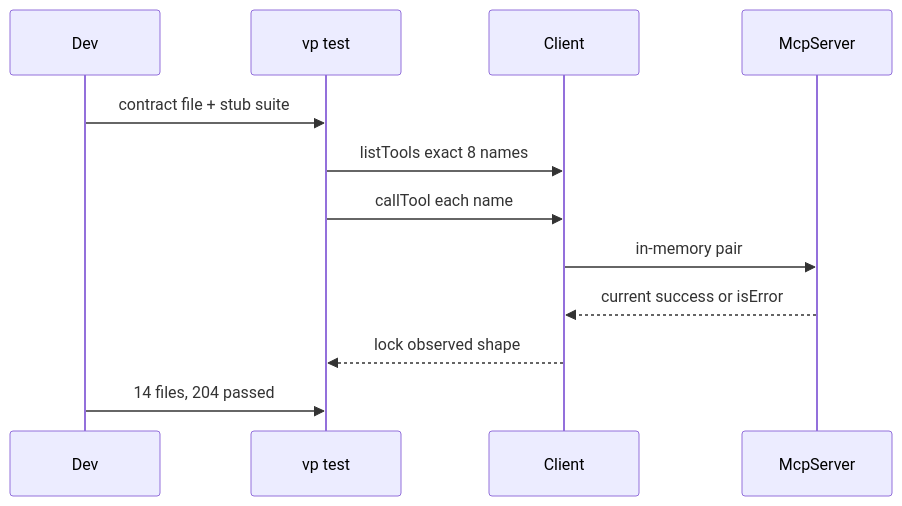
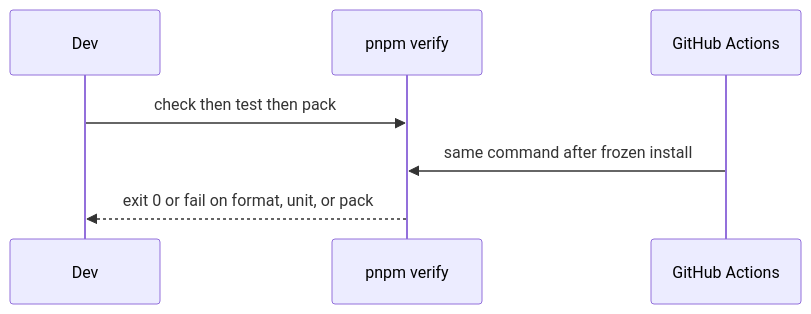
One commit to MarekBombera/cursor-design-extension changed the second of 2 diagrams in blueprint/context/current-feature-overview.md. Above: the diagram before and after it, drawn with Mermaid. The commit also changed other lines of this file and 6 other files, not shown here.

First line of the commit message:
feat: add pnpm verify and GitHub Verify workflow

````diff
--- a/blueprint/context/current-feature-overview.md
+++ b/blueprint/context/current-feature-overview.md
@@ -29,14 +34,9 @@
 ```mermaid
 sequenceDiagram
   participant Dev
-  participant Test as vp test
-  participant Client
-  participant Server as McpServer
-  Dev->>Test: contract file + stub suite
-  Test->>Client: listTools exact 8 names
-  Test->>Client: callTool each name
-  Client->>Server: in-memory pair
-  Server-->>Client: current success or isError
-  Client-->>Test: lock observed shape
-  Dev->>Test: 14 files, 204 passed
+  participant Verify as pnpm verify
+  participant CI as GitHub Actions
+  Dev->>Verify: check then test then pack
+  CI->>Verify: same command after frozen install
+  Verify-->>Dev: exit 0 or fail on format, unit, or pack
 ```
````
